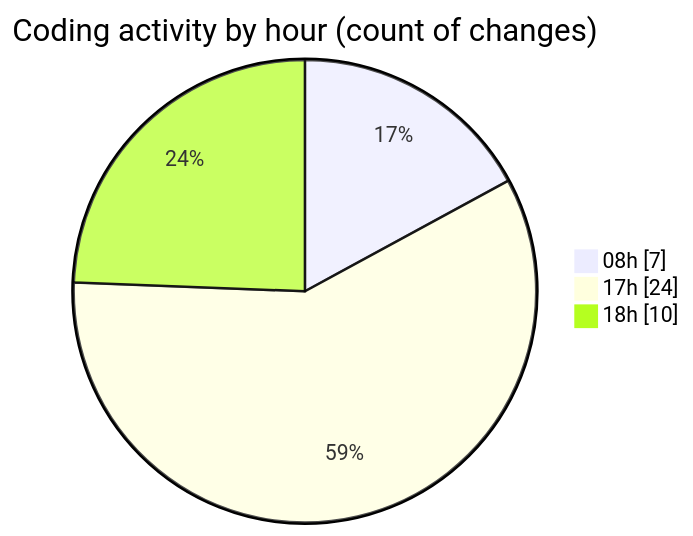
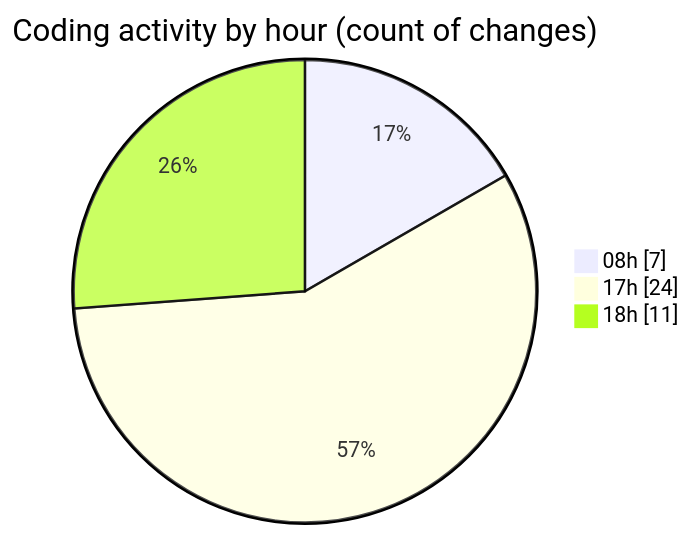
The second of 2 diagrams in 2025-02-06/mbc-web/README.md (robertbonfada/code-tracking), drawn with Mermaid before and after one commit. The commit also changed other lines of this file and 1 other file, not shown here.

````diff
--- a/2025-02-06/mbc-web/README.md
+++ b/2025-02-06/mbc-web/README.md
@@ -33,7 +33,7 @@
 ```mermaid
 pie showData
 title Coding activity by hour (count of changes)
 "08h" : 7
 "17h" : 24
-"18h" : 10
+"18h" : 11
 ```
````
